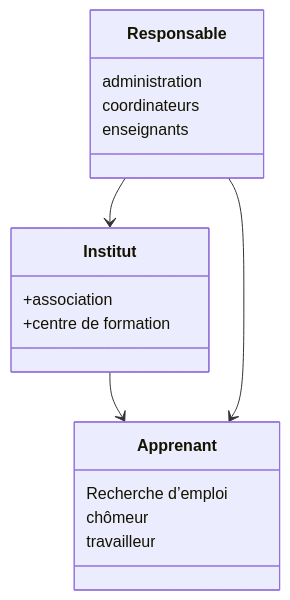
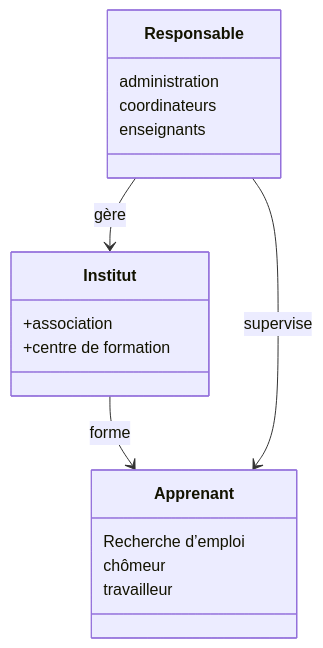
The diagram in acteurFatimah.md (bouzidifatimazohra00-ux/inclusion-numerique-93), drawn with Mermaid before and after one commit.

````diff
--- a/acteurFatimah.md
+++ b/acteurFatimah.md
@@ -2,20 +2,20 @@
 ```mermaid
 classDiagram
 direction TB
     class Institut {
 	    +association
 	    +centre de formation}
     class Responsable {
       administration
       coordinateurs
       enseignants}
 
     class Apprenant {
 	   Recherche d’emploi
 	   chômeur
        travailleur
    }
-    Institut --> Apprenant   
-    Responsable --> Institut
-    Responsable --> Apprenant 
+    Institut --> Apprenant:forme  
+    Responsable --> Institut:gère
+    Responsable --> Apprenant:supervise
 ```
````
